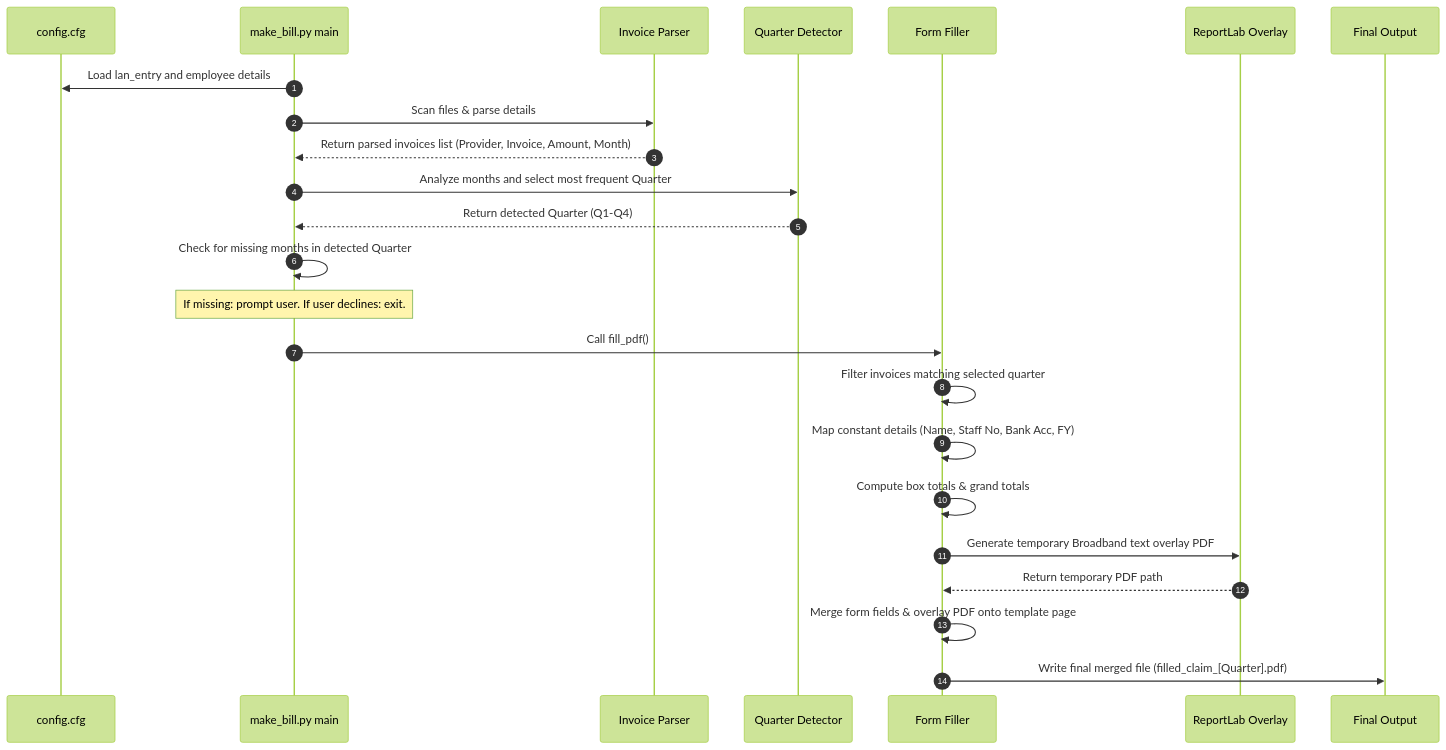
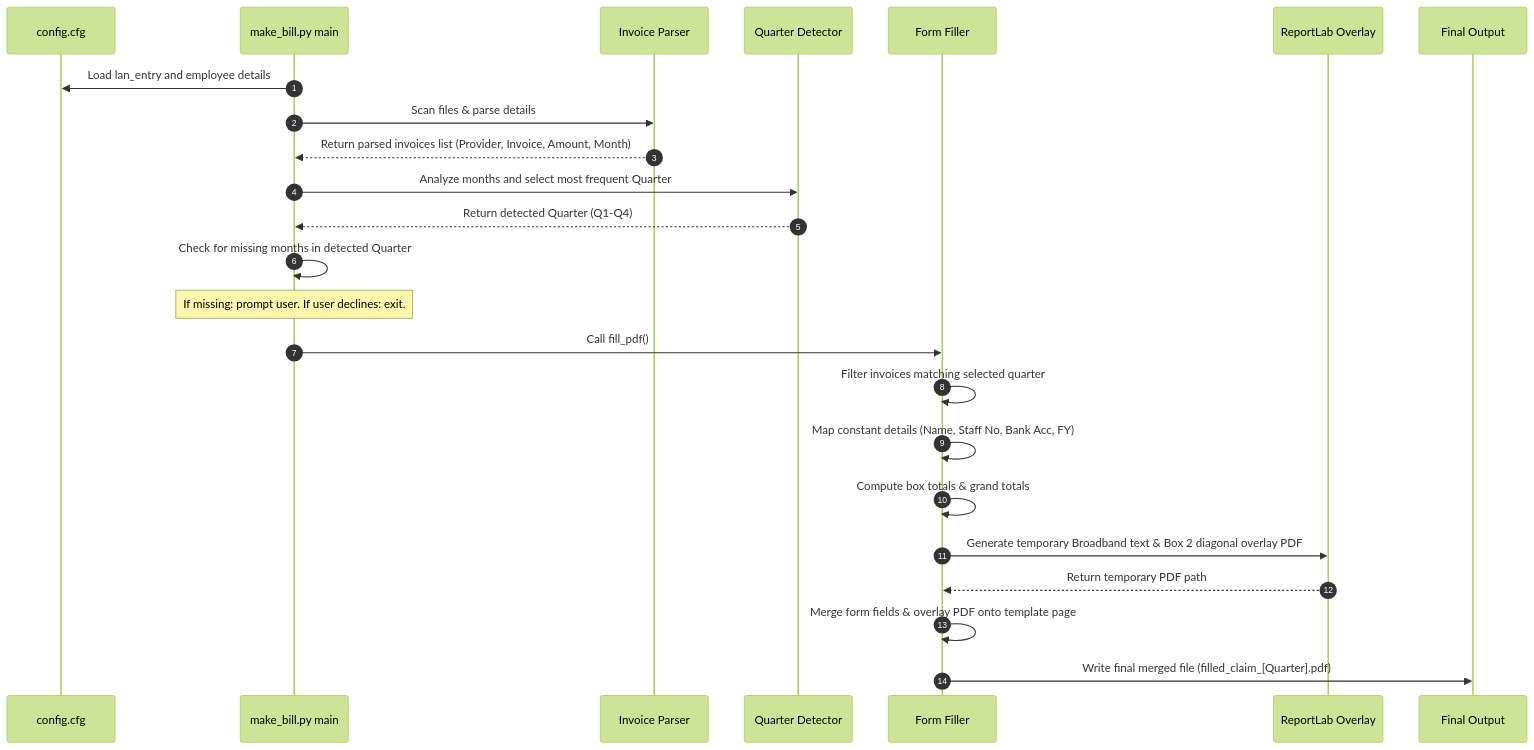
One commit to dev-bikash-web/telephone-bill-maker changed the second of 2 diagrams in Document/architecture_design.md. Above: the diagram before and after it, drawn with Mermaid (forest theme). The commit also changed other lines of this file and 2 other files, not shown here.

````diff
--- a/Document/architecture_design.md
+++ b/Document/architecture_design.md
@@ -61,27 +63,27 @@
 ```mermaid
 sequenceDiagram
     autonumber
     participant Config as config.cfg
     participant CLI as make_bill.py main
     participant Parser as Invoice Parser
     participant Detector as Quarter Detector
     participant Filler as Form Filler
     participant Overlay as ReportLab Overlay
     participant PDF as Final Output
 
     CLI->>Config: Load lan_entry and employee details
     CLI->>Parser: Scan files & parse details
     Parser-->>CLI: Return parsed invoices list (Provider, Invoice, Amount, Month)
     CLI->>Detector: Analyze months and select most frequent Quarter
     Detector-->>CLI: Return detected Quarter (Q1-Q4)
     CLI->>CLI: Check for missing months in detected Quarter
     Note over CLI: If missing: prompt user. If user declines: exit.
     CLI->>Filler: Call fill_pdf()
     Filler->>Filler: Filter invoices matching selected quarter
     Filler->>Filler: Map constant details (Name, Staff No, Bank Acc, FY)
     Filler->>Filler: Compute box totals & grand totals
-    Filler->>Overlay: Generate temporary Broadband text overlay PDF
+    Filler->>Overlay: Generate temporary Broadband text & Box 2 diagonal overlay PDF
     Overlay-->>Filler: Return temporary PDF path
     Filler->>Filler: Merge form fields & overlay PDF onto template page
     Filler->>PDF: Write final merged file (filled_claim_[Quarter].pdf)
 ```
````
